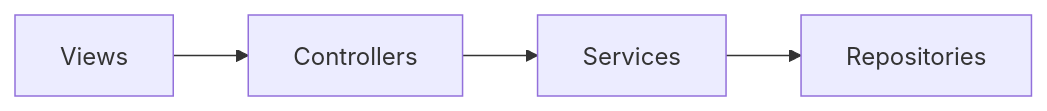
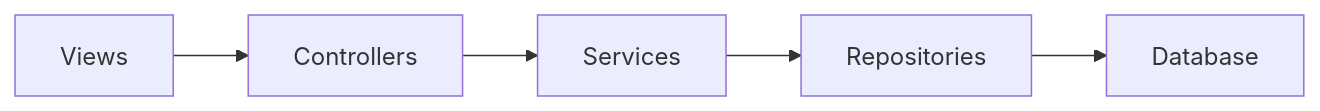
The first of 2 diagrams in Labo02/README.md (R0kkxSynetique/Labs), drawn with Mermaid before and after one commit.

Commit message:
chore: update logic layers schema

````diff
--- a/Labo02/README.md
+++ b/Labo02/README.md
@@ -120,6 +120,7 @@
 ```mermaid
 graph LR
     A[Views] --> B[Controllers]
     B --> C[Services]
     C --> D[Repositories]
+    D --> E[Database]
 ```
````
